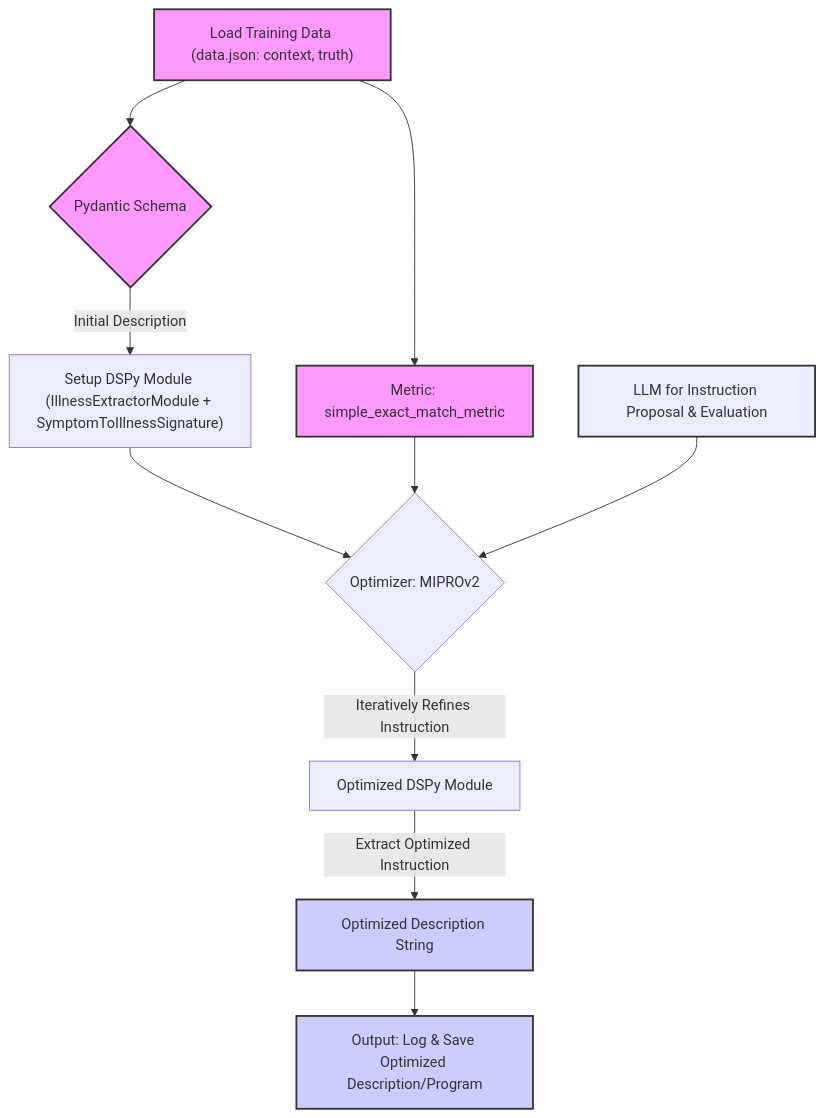
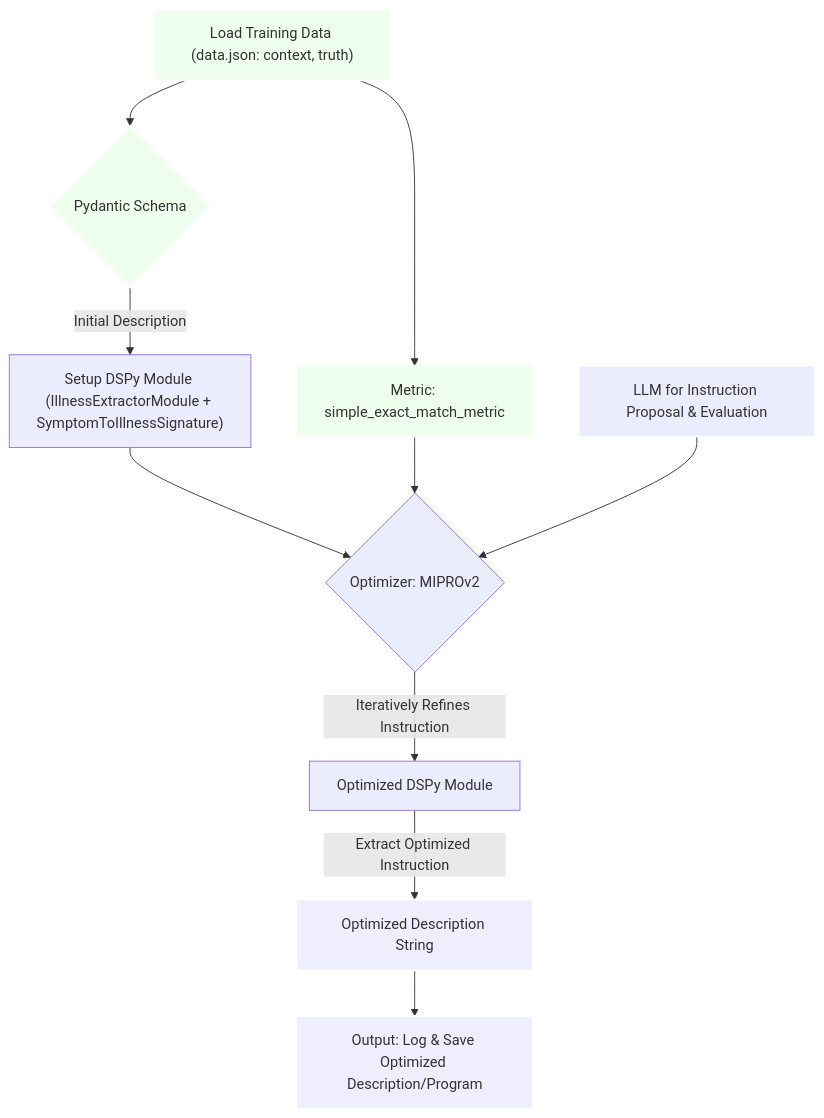
Before and after one commit to GeeJay12/dspy-desc-optimise: the diagram in optimise/hypothesis.md, drawn with Mermaid.

Commit message:
update colors

````diff
--- a/optimise/hypothesis.md
+++ b/optimise/hypothesis.md
@@ -55,19 +55,19 @@
 ```mermaid
 graph TD
     A[Load Training Data #40;data.json: context, truth#41;] --> B{Pydantic Schema};
     B -- Initial Description --> C[Setup DSPy Module #40;IllnessExtractorModule + SymptomToIllnessSignature#41;];
     C --> D{Optimizer: MIPROv2};
     A --> E[Metric: simple_exact_match_metric];
     E --> D;
     F[LLM for Instruction Proposal & Evaluation] --> D;
     D -- Iteratively Refines Instruction --> G[Optimized DSPy Module];
     G -- Extract Optimized Instruction --> H[Optimized Description String];
     H --> I[Output: Log & Save Optimized Description/Program];
 
-    style A fill:#f9f,stroke:#333,stroke-width:2px
-    style B fill:#f9f,stroke:#333,stroke-width:2px
-    style E fill:#f9f,stroke:#333,stroke-width:2px
-    style F fill:#lightgrey,stroke:#333,stroke-width:2px
-    style I fill:#ccf,stroke:#333,stroke-width:2px
-    style H fill:#ccf,stroke:#333,stroke-width:2px
+    style A fill:#EFE,stroke:#fff,stroke-width:2px
+    style B fill:#EFE,stroke:#fff,stroke-width:2px
+    style E fill:#EFE,stroke:#fff,stroke-width:2px
+    style F fill:#lightgrey,stroke:#fff,stroke-width:2px
+    style I fill:#EEF,stroke:#fff,stroke-width:2px
+    style H fill:#EEF,stroke:#fff,stroke-width:2px
 ```
````
